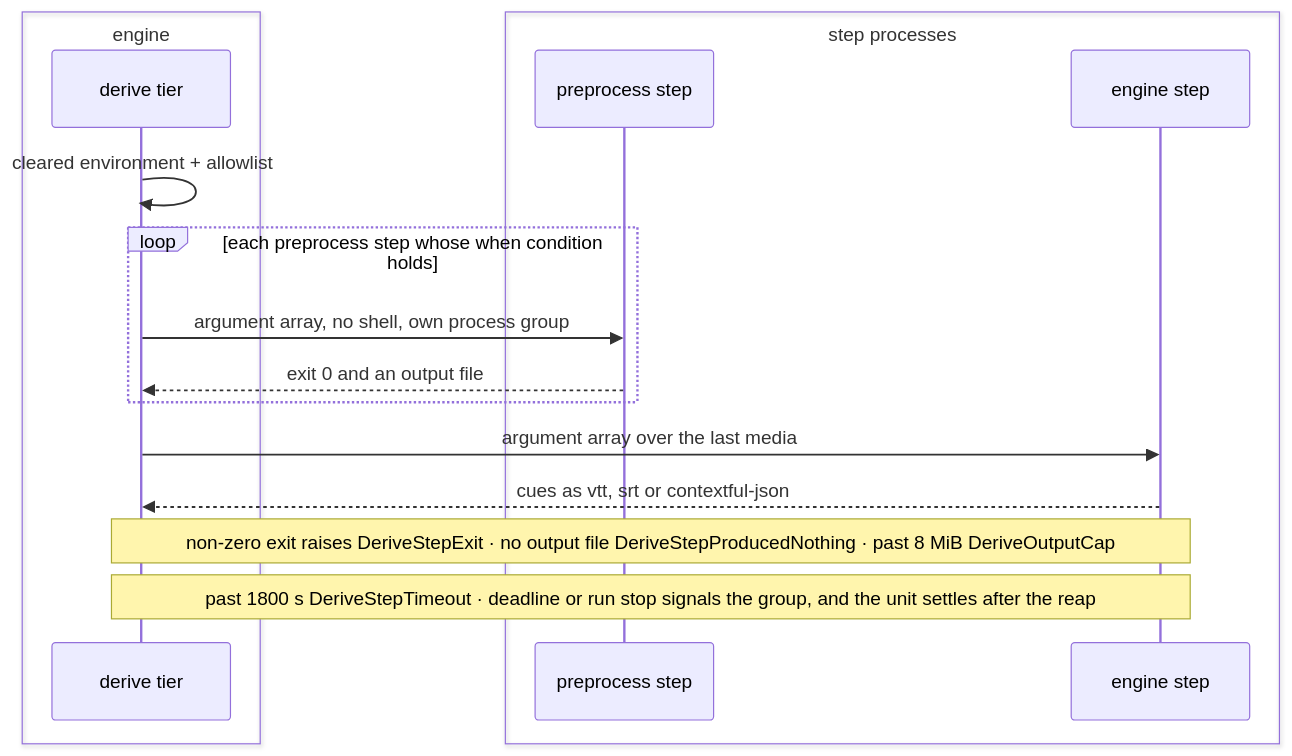
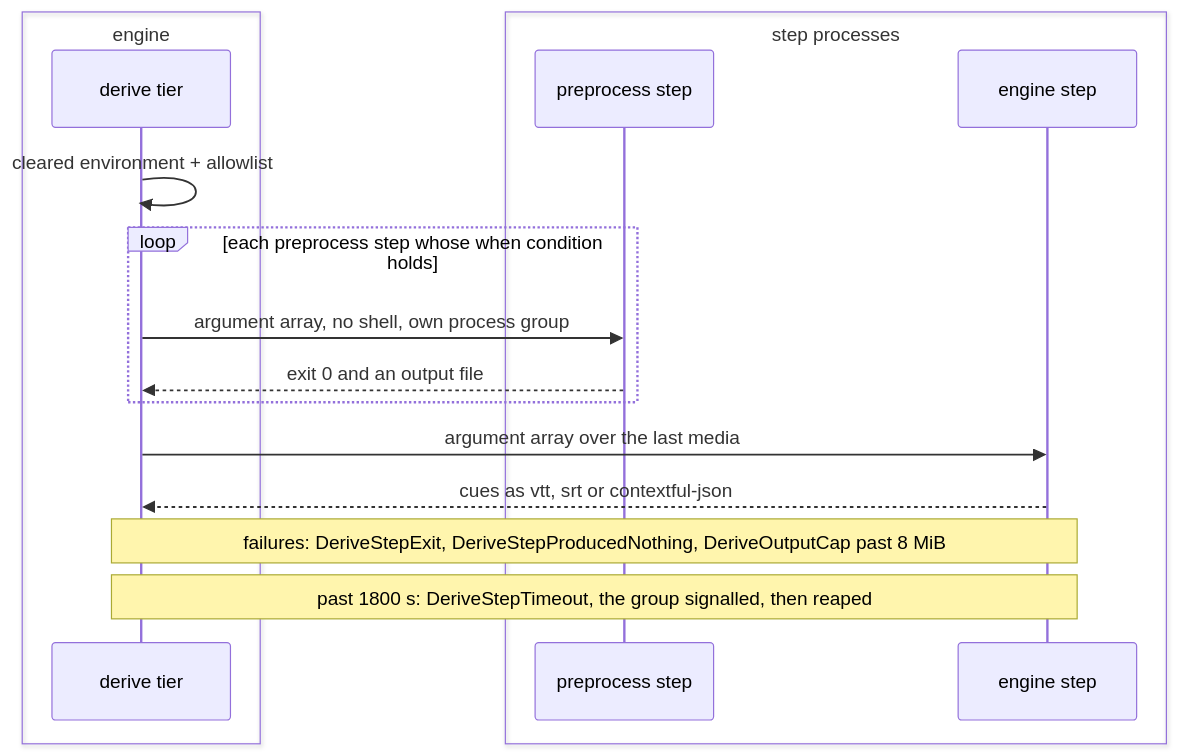
One commit to fractalboxdev/contextful changed the second of 4 diagrams in spec/32-derive.md. Above: the diagram before and after it, drawn with Mermaid. The commit also changed other lines of this file and 31 other files, not shown here.

First line of the commit message:
spec: every diagram draws things as nodes and what flows as labelled edges

````diff
--- a/spec/32-derive.md
+++ b/spec/32-derive.md
@@ -137,19 +131,19 @@
 ```mermaid
 sequenceDiagram
   box engine
     participant T as derive tier
   end
   box step processes
     participant P as preprocess step
     participant E as engine step
   end
   T->>T: cleared environment + allowlist
   loop each preprocess step whose when condition holds
     T->>P: argument array, no shell, own process group
     P-->>T: exit 0 and an output file
   end
   T->>E: argument array over the last media
   E-->>T: cues as vtt, srt or contextful-json
-  Note over T,E: non-zero exit raises DeriveStepExit · no output file DeriveStepProducedNothing · past 8 MiB DeriveOutputCap
-  Note over T,E: past 1800 s DeriveStepTimeout · deadline or run stop signals the group, and the unit settles after the reap
+  Note over T,E: failures: DeriveStepExit, DeriveStepProducedNothing, DeriveOutputCap past 8 MiB
+  Note over T,E: past 1800 s: DeriveStepTimeout, the group signalled, then reaped
 ```
````
